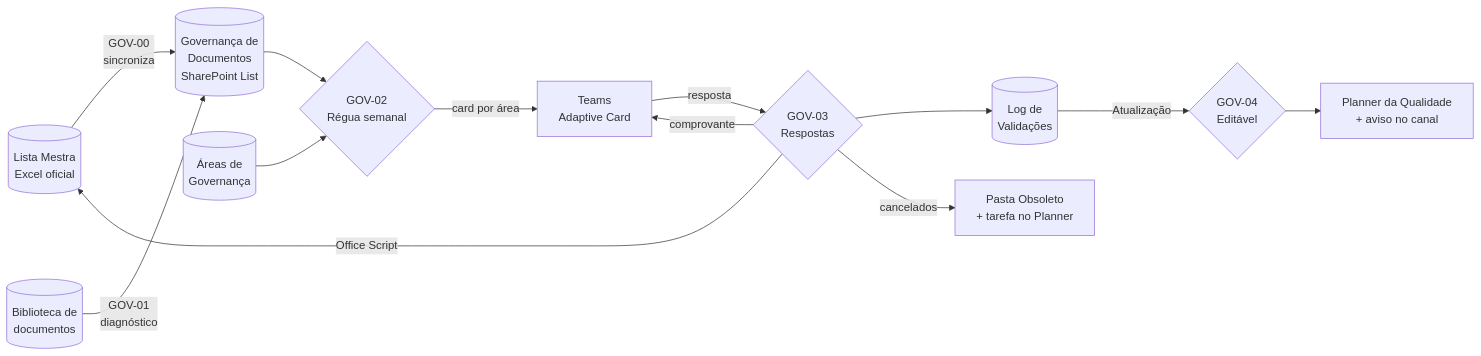
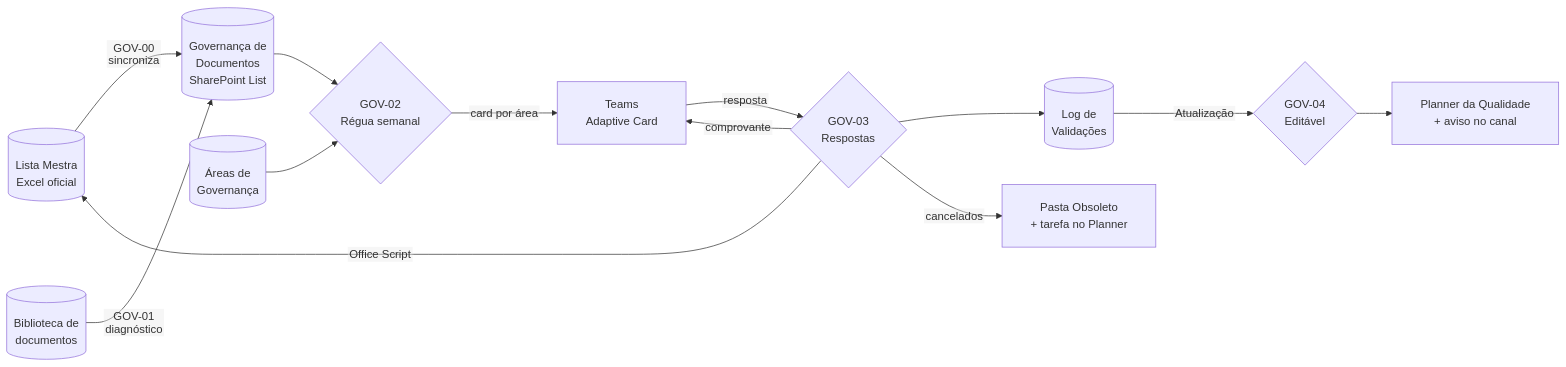
The second of 2 diagrams in governanca-iso-regua-comunicacao/README.md (Nayarah/automacoes-power-automate), drawn with Mermaid before and after one commit. The commit also changed other lines of this file, not shown here.

Commit message:
docs: corrige texto cortado nos diagramas do projeto Governança ISO

````diff
--- a/governanca-iso-regua-comunicacao/README.md
+++ b/governanca-iso-regua-comunicacao/README.md
@@ -91,15 +92,16 @@
 ```mermaid
+%%{init: {"flowchart": {"htmlLabels": false, "padding": 20}}}%%
 flowchart LR
     LM[(Lista Mestra<br/>Excel oficial)] -->|GOV-00<br/>sincroniza| GD[(Governança de<br/>Documentos<br/>SharePoint List)]
     SDD[(Biblioteca de<br/>documentos)] -->|GOV-01<br/>diagnóstico| GD
     GD --> R{GOV-02<br/>Régua semanal}
     AG[(Áreas de<br/>Governança)] --> R
     R -->|card por área| T[Teams<br/>Adaptive Card]
     T -->|resposta| G3{GOV-03<br/>Respostas}
     G3 -->|Office Script| LM
     G3 --> LOG[(Log de<br/>Validações)]
     G3 -->|cancelados| OBS[Pasta Obsoleto<br/>+ tarefa no Planner]
     G3 -->|comprovante| T
     LOG -->|Atualização| G4{GOV-04<br/>Editável}
     G4 --> PL[Planner da Qualidade<br/>+ aviso no canal]
 ```
````
